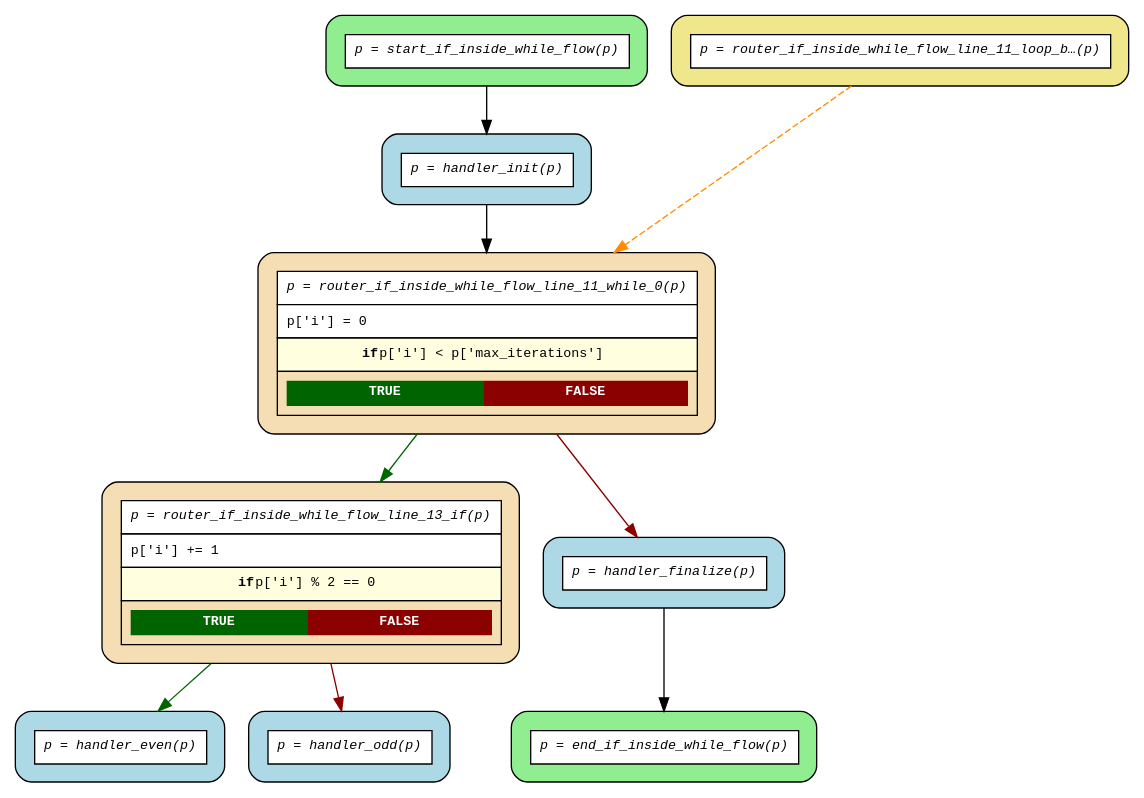
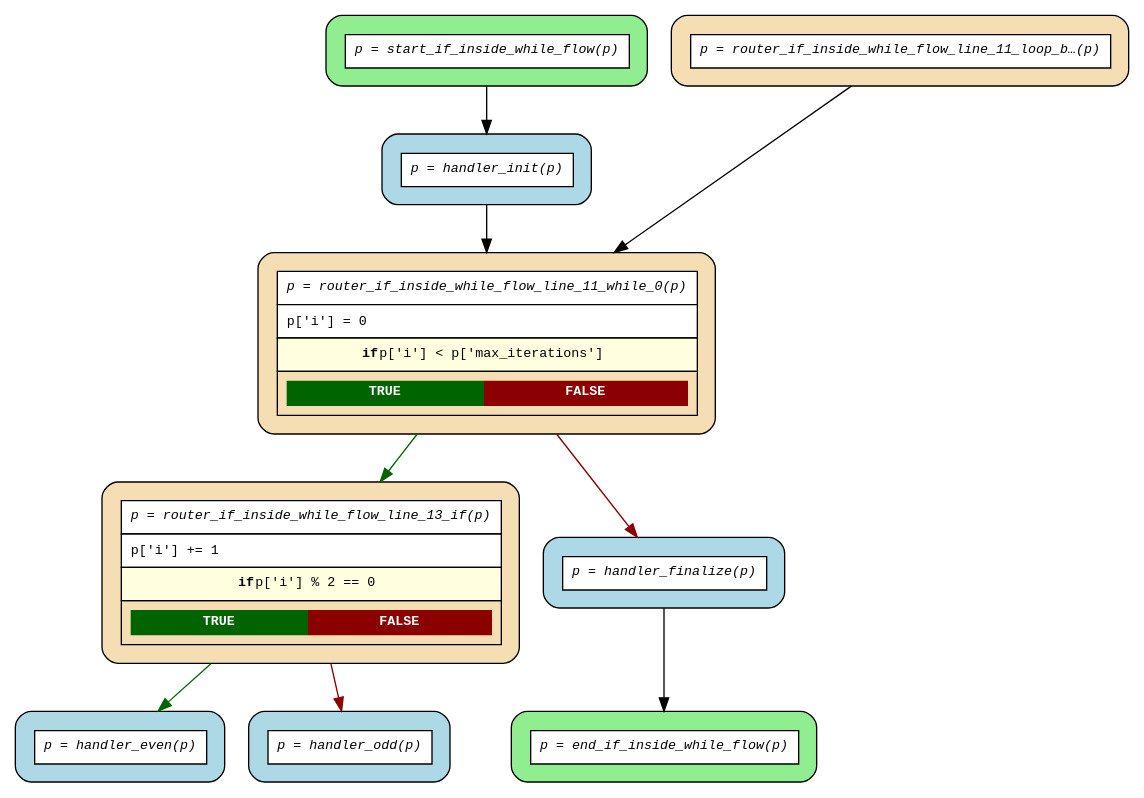
Before and after one commit to deliveryhero/asya: the diagram in examples/flows/compiled/while_with_if/flow.dot, drawn with Graphviz. The commit also changed 27 other files, not shown here.

```diff
--- a/examples/flows/compiled/while_with_if/flow.dot
+++ b/examples/flows/compiled/while_with_if/flow.dot
@@ -1,25 +1,25 @@
 digraph flow {
   rankdir=TB;
   graph [fontname="Courier", fontsize=10];
   node [fontname="Courier", fontsize=10, shape=box, style="filled,rounded", margin="0.2"];
   edge [fontname="Courier", fontsize=10];
 
   start_if_inside_while_flow [fillcolor="lightgreen", label=<<table border="0" cellspacing="0" cellpadding="6" cellborder="1"><tr><td bgcolor="white" align="center"><i>p = start_if_inside_while_flow(p)</i></td></tr></table>>];
   router_if_inside_while_flow_line_13_if [fillcolor="wheat", label=<<table border="0" cellspacing="0" cellpadding="6" cellborder="1"><tr><td bgcolor="white" align="center"><i>p = router_if_inside_while_flow_line_13_if(p)</i></td></tr><tr><td bgcolor="white" align="left">p['i'] += 1</td></tr><tr><td bgcolor="lightyellow"><b>if</b> p['i'] % 2 == 0</td></tr><tr><td><table border="0" cellspacing="0" cellpadding="4"><tr><td bgcolor="darkgreen"><font color="white"><b>TRUE</b></font></td><td bgcolor="darkred"><font color="white"><b>FALSE</b></font></td></tr></table></td></tr></table>>];
-  router_if_inside_while_flow_line_11_loop_back_0 [fillcolor="khaki", label=<<table border="0" cellspacing="0" cellpadding="6" cellborder="1"><tr><td bgcolor="white" align="center"><i>p = router_if_inside_while_flow_line_11_loop_b…(p)</i></td></tr></table>>];
+  router_if_inside_while_flow_line_11_loop_back_0 [fillcolor="wheat", label=<<table border="0" cellspacing="0" cellpadding="6" cellborder="1"><tr><td bgcolor="white" align="center"><i>p = router_if_inside_while_flow_line_11_loop_b…(p)</i></td></tr></table>>];
   router_if_inside_while_flow_line_11_while_0 [fillcolor="wheat", label=<<table border="0" cellspacing="0" cellpadding="6" cellborder="1"><tr><td bgcolor="white" align="center"><i>p = router_if_inside_while_flow_line_11_while_0(p)</i></td></tr><tr><td bgcolor="white" align="left">p['i'] = 0</td></tr><tr><td bgcolor="lightyellow"><b>if</b> p['i'] &lt; p['max_iterations']</td></tr><tr><td><table border="0" cellspacing="0" cellpadding="4"><tr><td bgcolor="darkgreen"><font color="white"><b>TRUE</b></font></td><td bgcolor="darkred"><font color="white"><b>FALSE</b></font></td></tr></table></td></tr></table>>];
   end_if_inside_while_flow [fillcolor="lightgreen", label=<<table border="0" cellspacing="0" cellpadding="6" cellborder="1"><tr><td bgcolor="white" align="center"><i>p = end_if_inside_while_flow(p)</i></td></tr></table>>];
   handler_even [fillcolor="lightblue", label=<<table border="0" cellspacing="0" cellpadding="6" cellborder="1"><tr><td bgcolor="white" align="center"><i>p = handler_even(p)</i></td></tr></table>>];
   handler_finalize [fillcolor="lightblue", label=<<table border="0" cellspacing="0" cellpadding="6" cellborder="1"><tr><td bgcolor="white" align="center"><i>p = handler_finalize(p)</i></td></tr></table>>];
   handler_init [fillcolor="lightblue", label=<<table border="0" cellspacing="0" cellpadding="6" cellborder="1"><tr><td bgcolor="white" align="center"><i>p = handler_init(p)</i></td></tr></table>>];
   handler_odd [fillcolor="lightblue", label=<<table border="0" cellspacing="0" cellpadding="6" cellborder="1"><tr><td bgcolor="white" align="center"><i>p = handler_odd(p)</i></td></tr></table>>];
 
   handler_finalize -> end_if_inside_while_flow;
   handler_init -> router_if_inside_while_flow_line_11_while_0;
-  router_if_inside_while_flow_line_11_loop_back_0 -> router_if_inside_while_flow_line_11_while_0 [style=dashed, color=darkorange, constraint=false];
+  router_if_inside_while_flow_line_11_loop_back_0 -> router_if_inside_while_flow_line_11_while_0 [constraint=false];
   router_if_inside_while_flow_line_11_while_0 -> handler_finalize [color=darkred];
   router_if_inside_while_flow_line_11_while_0 -> router_if_inside_while_flow_line_13_if [color=darkgreen];
   router_if_inside_while_flow_line_13_if -> handler_even [color=darkgreen];
   router_if_inside_while_flow_line_13_if -> handler_odd [color=darkred];
   start_if_inside_while_flow -> handler_init;
 }
```
